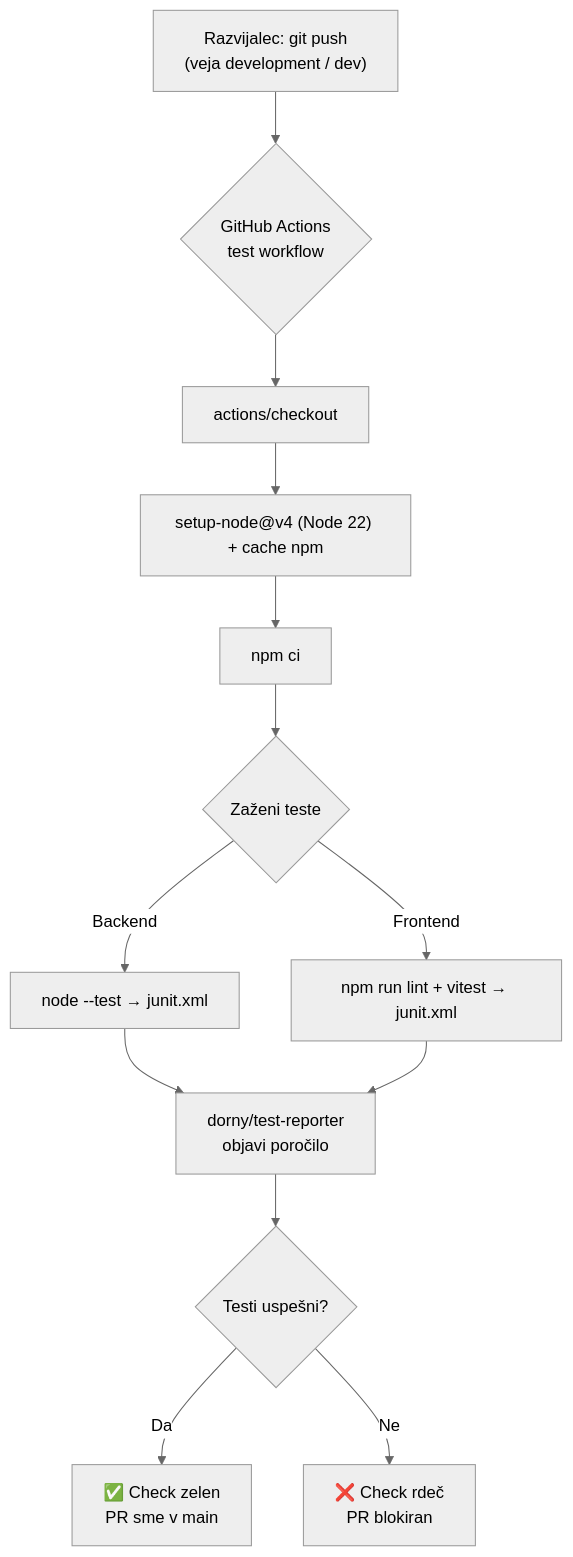
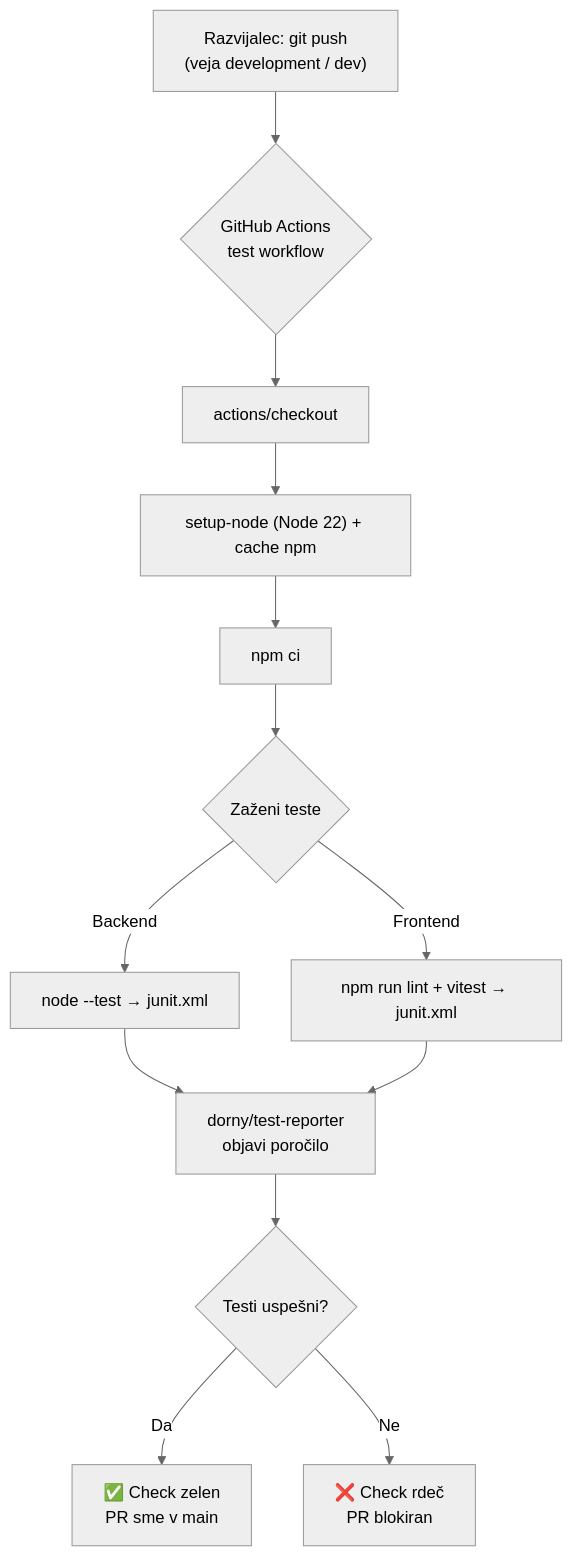
One commit to DropInSlovenia/dokumentacija changed the ninth of 11 diagrams in DOKUMENTACIJA.md. Above: the diagram before and after it, drawn with Mermaid (neutral theme). The commit also changed other lines of this file, not shown here.

````diff
--- a/DOKUMENTACIJA.md
+++ b/DOKUMENTACIJA.md
@@ -722,15 +917,15 @@
 ```mermaid
 flowchart TD
     A["Razvijalec: git push<br/>(veja development / dev)"] --> B{"GitHub Actions<br/>test workflow"}
     B --> C["actions/checkout"]
-    C --> D["setup-node@v4 (Node 22) + cache npm"]
+    C --> D["setup-node (Node 22) + cache npm"]
     D --> E["npm ci"]
     E --> F{"Zaženi teste"}
     F -->|Backend| G["node --test → junit.xml"]
     F -->|Frontend| H["npm run lint + vitest → junit.xml"]
     G --> I["dorny/test-reporter<br/>objavi poročilo"]
     H --> I
     I --> J{"Testi uspešni?"}
     J -->|Da| K["✅ Check zelen<br/>PR sme v main"]
     J -->|Ne| L["❌ Check rdeč<br/>PR blokiran"]
 ```
````
